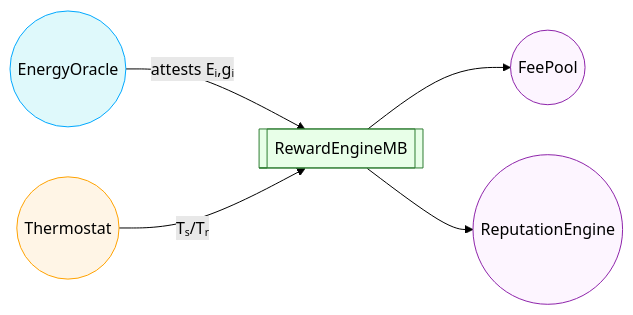
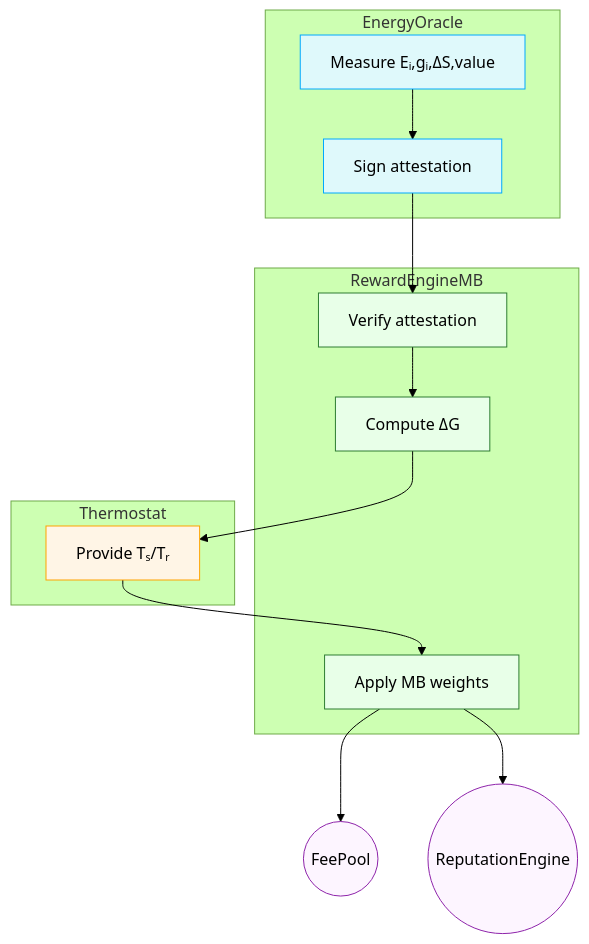
Before and after one commit to MontrealAI/AGIJobsv0: the first of 3 diagrams in docs/universal-platform-incentive-architecture.md, drawn with Mermaid (forest theme). The commit also changed other lines of this file and 2 other files, not shown here.

Commit message:
docs: enrich reward settlement diagrams

````diff
--- a/docs/universal-platform-incentive-architecture.md
+++ b/docs/universal-platform-incentive-architecture.md
@@ -32,17 +32,37 @@
 ```mermaid
-flowchart LR
-    EO((EnergyOracle)):::oracle -->|attests Eᵢ,gᵢ| RE[[RewardEngineMB]]:::engine
-    TH((Thermostat)):::thermo -->|Tₛ/Tᵣ| RE
-    RE --> FP((FeePool)):::out
-    RE --> REP((ReputationEngine)):::out
+flowchart TD
+    %% Energy attestation → temperature control → rewards and reputation
 
     classDef oracle fill:#dff9fb,stroke:#00a8ff,stroke-width:1px;
     classDef engine fill:#e8ffe8,stroke:#2e7d32,stroke-width:1px;
     classDef thermo fill:#fff5e6,stroke:#ffa200,stroke-width:1px;
     classDef out fill:#fdf5ff,stroke:#8e24aa,stroke-width:1px;
 
-    class EO oracle;
-    class RE engine;
-    class TH thermo;
+    subgraph EO["EnergyOracle"]
+        EO1[Measure Eᵢ,gᵢ,ΔS,value]
+        EO2[Sign attestation]
+    end
+
+    subgraph RE["RewardEngineMB"]
+        RE1[Verify attestation]
+        RE2[Compute ΔG]
+        RE3[Apply MB weights]
+    end
+
+    subgraph TH["Thermostat"]
+        TH1[Provide Tₛ/Tᵣ]
+    end
+
+    EO1 --> EO2
+    EO2 --> RE1
+    RE1 --> RE2
+    RE2 --> TH1
+    TH1 --> RE3
+    RE3 --> FP((FeePool)):::out
+    RE3 --> REP((ReputationEngine)):::out
+
+    class EO1,EO2 oracle;
+    class RE1,RE2,RE3 engine;
+    class TH1 thermo;
     class FP,REP out;
 ```
````
